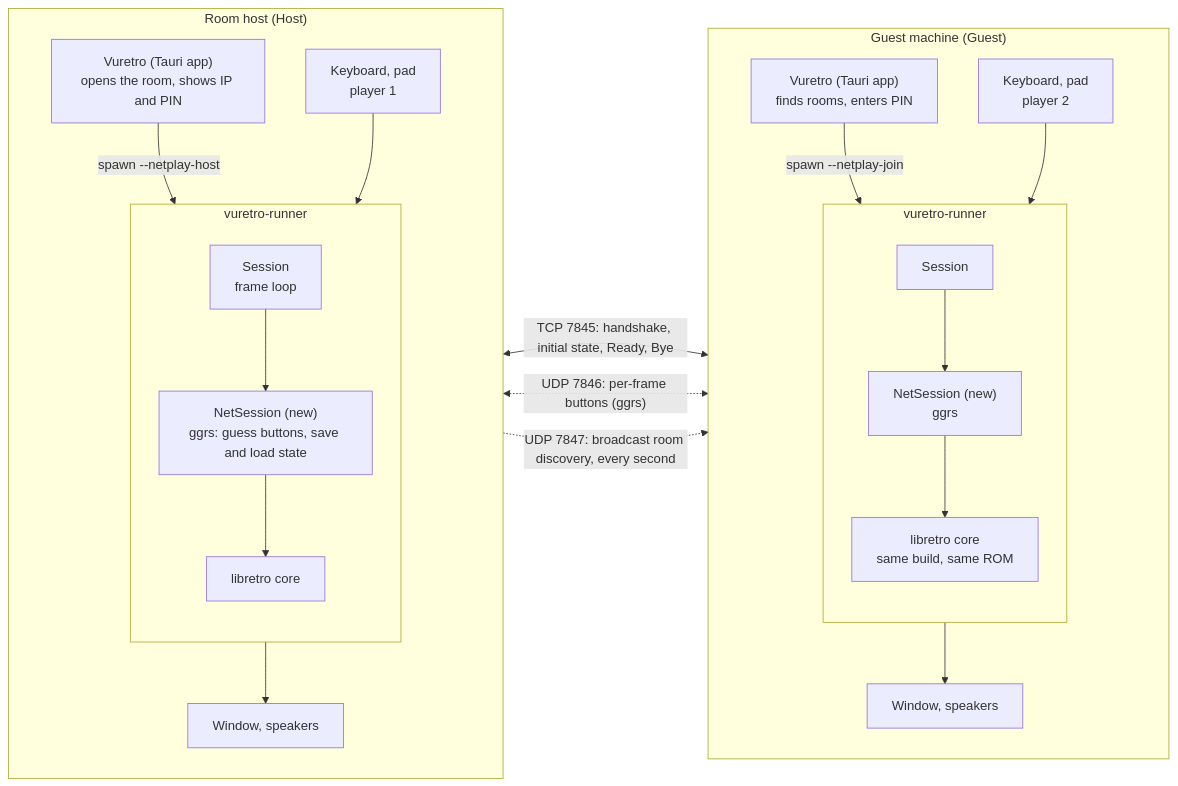
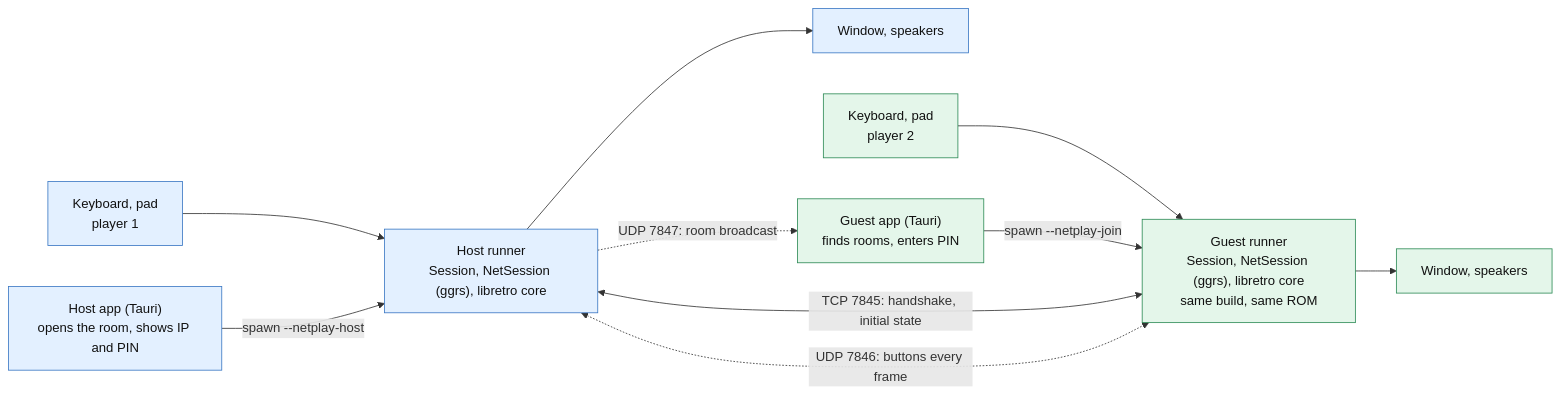
One commit to vunguyenvu35/vuretro changed the first of 9 diagrams in docs/NETPLAY.md. Above: the diagram before and after it, drawn with Mermaid. The commit also changed other lines of this file, not shown here.

Commit message:
Docs: redraw NETPLAY diagrams (no overlapping subgraphs, shorter labels)

````diff
--- a/docs/NETPLAY.md
+++ b/docs/NETPLAY.md
@@ -46,40 +46,22 @@
 ```mermaid
 flowchart LR
-  subgraph HOST["Room host (Host)"]
-    direction TB
-    HA["Vuretro (Tauri app)<br/>opens the room, shows IP and PIN"]
-    subgraph HR["vuretro-runner"]
-      direction TB
-      HS["Session<br/>frame loop"]
-      HN["NetSession (new)<br/>ggrs: guess buttons, save and load state"]
-      HC["libretro core"]
-      HS --> HN --> HC
-    end
-    HD["Keyboard, pad<br/>player 1"]
-    HO["Window, speakers"]
-    HA -->|"spawn --netplay-host"| HR
-    HD --> HR
-    HR --> HO
-  end
-
-  subgraph GUEST["Guest machine (Guest)"]
-    direction TB
-    GA["Vuretro (Tauri app)<br/>finds rooms, enters PIN"]
-    subgraph GR["vuretro-runner"]
-      direction TB
-      GS["Session"]
-      GN["NetSession (new)<br/>ggrs"]
-      GC["libretro core<br/>same build, same ROM"]
-      GS --> GN --> GC
-    end
-    GD["Keyboard, pad<br/>player 2"]
-    GO["Window, speakers"]
-    GA -->|"spawn --netplay-join"| GR
-    GD --> GR
-    GR --> GO
-  end
-
-  HN <-->|"TCP 7845: handshake, initial state, Ready, Bye"| GN
-  HN <-.->|"UDP 7846: per-frame buttons (ggrs)"| GN
-  HN -.->|"UDP 7847: broadcast room discovery, every second"| GA
+  classDef host fill:#e3f0ff,stroke:#3b78c4,color:#111
+  classDef guest fill:#e4f6ea,stroke:#2e8b57,color:#111
+  HP["Keyboard, pad<br/>player 1"]:::host
+  HA["Host app (Tauri)<br/>opens the room, shows IP and PIN"]:::host
+  HR["Host runner<br/>Session, NetSession (ggrs), libretro core"]:::host
+  HO["Window, speakers"]:::host
+  GP["Keyboard, pad<br/>player 2"]:::guest
+  GA["Guest app (Tauri)<br/>finds rooms, enters PIN"]:::guest
+  GR["Guest runner<br/>Session, NetSession (ggrs), libretro core<br/>same build, same ROM"]:::guest
+  GO["Window, speakers"]:::guest
+  HP --> HR
+  HA -->|"spawn --netplay-host"| HR
+  HR --> HO
+  GP --> GR
+  GA -->|"spawn --netplay-join"| GR
+  GR --> GO
+  HR <-->|"TCP 7845: handshake, initial state"| GR
+  HR <-.->|"UDP 7846: buttons every frame"| GR
+  HR -.->|"UDP 7847: room broadcast"| GA
 ```
````
